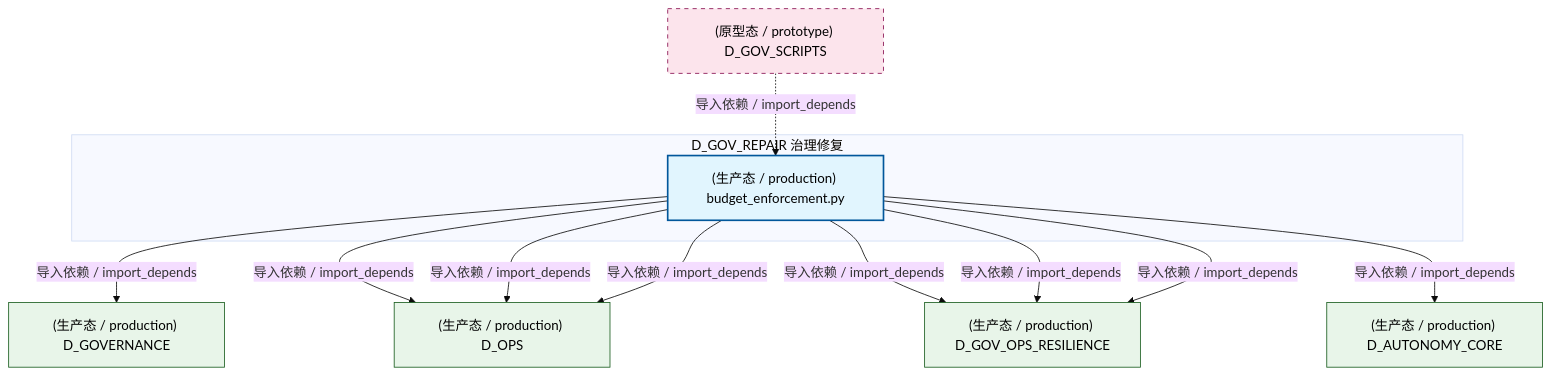
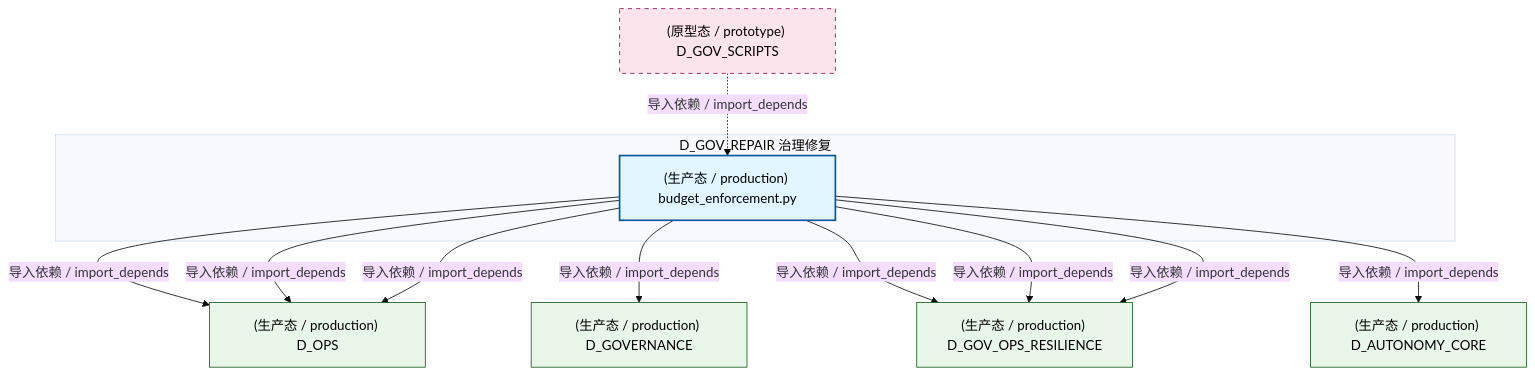
Before and after one commit to xuanFelixVan/ZephyrAlpha: the first of 3 diagrams in docs/02_enterprise_architecture/02_domain_architecture_docs/44_d_gov_repair.md, drawn with Mermaid (base theme). The commit also changed other lines of this file and 105 other files, not shown here.

````diff
--- a/docs/02_enterprise_architecture/02_domain_architecture_docs/44_d_gov_repair.md
+++ b/docs/02_enterprise_architecture/02_domain_architecture_docs/44_d_gov_repair.md
@@ -63,27 +63,27 @@
 ```mermaid
 graph TD
     subgraph D_GOV_REPAIR["D_GOV_REPAIR 治理修复"]
         src_zephyr_governance_financial_governance_budget_enforcement_py["(生产态 / production) budget_enforcement.py"]
     end
+    D_OPS["(生产态 / production) D_OPS"]
+    src_zephyr_governance_financial_governance_budget_enforcement_py -->|导入依赖 / import_depends| D_OPS
     D_GOVERNANCE["(生产态 / production) D_GOVERNANCE"]
     src_zephyr_governance_financial_governance_budget_enforcement_py -->|导入依赖 / import_depends| D_GOVERNANCE
-    D_OPS["(生产态 / production) D_OPS"]
-    src_zephyr_governance_financial_governance_budget_enforcement_py -->|导入依赖 / import_depends| D_OPS
     D_GOV_OPS_RESILIENCE["(生产态 / production) D_GOV_OPS_RESILIENCE"]
     src_zephyr_governance_financial_governance_budget_enforcement_py -->|导入依赖 / import_depends| D_GOV_OPS_RESILIENCE
     src_zephyr_governance_financial_governance_budget_enforcement_py -->|导入依赖 / import_depends| D_OPS
     src_zephyr_governance_financial_governance_budget_enforcement_py -->|导入依赖 / import_depends| D_GOV_OPS_RESILIENCE
     D_AUTONOMY_CORE["(生产态 / production) D_AUTONOMY_CORE"]
     src_zephyr_governance_financial_governance_budget_enforcement_py -->|导入依赖 / import_depends| D_AUTONOMY_CORE
     src_zephyr_governance_financial_governance_budget_enforcement_py -->|导入依赖 / import_depends| D_OPS
     src_zephyr_governance_financial_governance_budget_enforcement_py -->|导入依赖 / import_depends| D_GOV_OPS_RESILIENCE
     D_GOV_SCRIPTS["(原型态 / prototype) D_GOV_SCRIPTS"]
     D_GOV_SCRIPTS -.->|导入依赖 / import_depends| src_zephyr_governance_financial_governance_budget_enforcement_py
     classDef production fill:#e1f5fe,stroke:#01579b,stroke-width:2px,color:#000
     classDef design fill:#fff3e0,stroke:#e65100,stroke-width:2px,color:#000,stroke-dasharray: 5 5
     classDef external_prod fill:#e8f5e9,stroke:#1b5e20,stroke-width:1px,color:#000
     classDef external_design fill:#fce4ec,stroke:#880e4f,stroke-width:1px,color:#000,stroke-dasharray: 5 5
     class src_zephyr_governance_financial_governance_budget_enforcement_py production
-    class D_GOVERNANCE,D_OPS,D_GOV_OPS_RESILIENCE,D_AUTONOMY_CORE external_prod
+    class D_OPS,D_GOVERNANCE,D_GOV_OPS_RESILIENCE,D_AUTONOMY_CORE external_prod
     class D_GOV_SCRIPTS external_design
 ```
````
